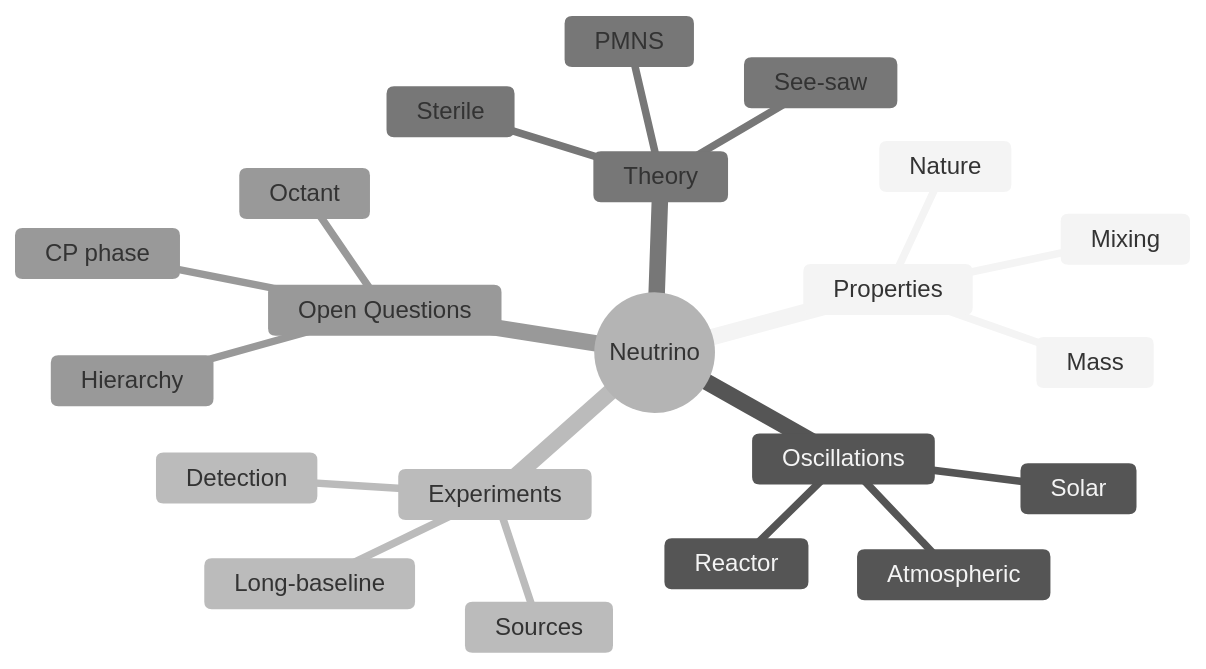
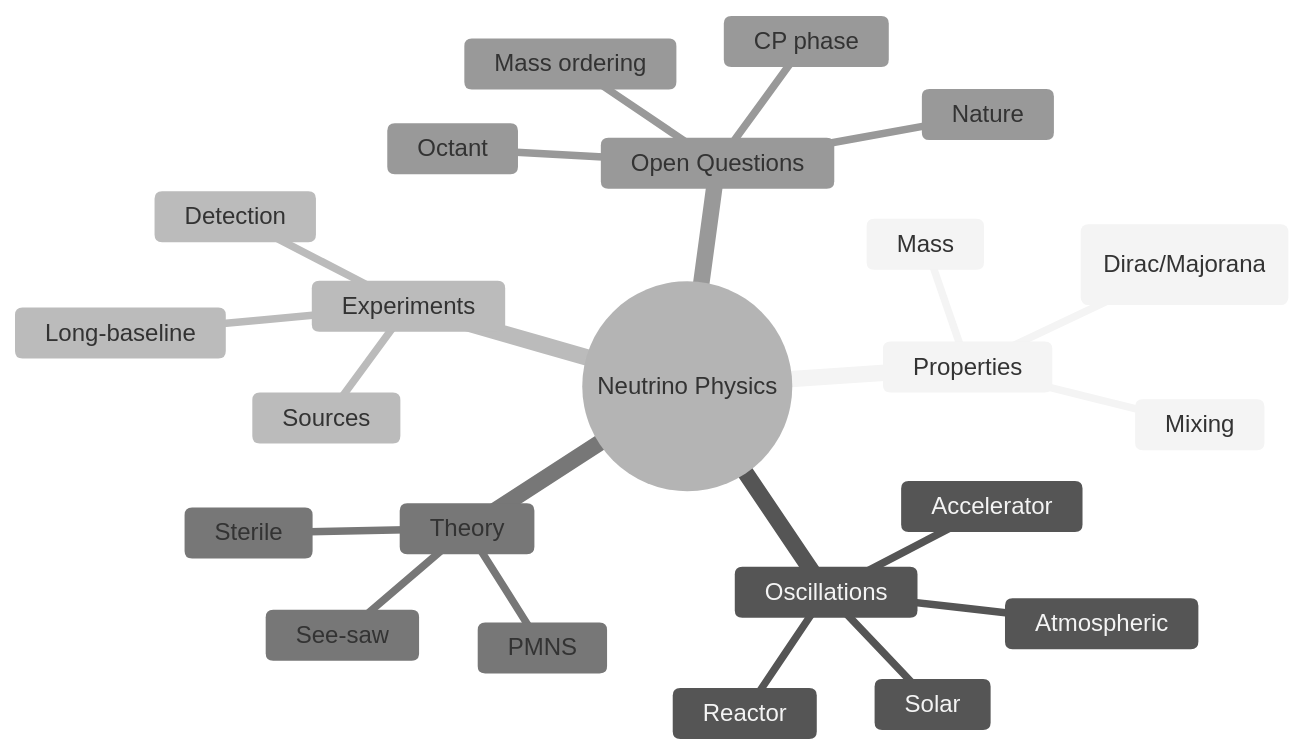
Before and after one commit to yip-lgtm/PhysicsSelfStudy: the first of 5 diagrams in 03_MSc_Physics/electives/MSPY_6710_Neutrino_Physics/README.md, drawn with Mermaid (neutral theme). The commit also changed other lines of this file and 17 other files, not shown here.

Commit message:
PhysicsSelfStudy: MSc QFT/String/AdS-CFT/Cosmology/Particle/Neutrino/QI/TQC + MSDM v2 (psv3+psv4 batches)

````diff
--- a/03_MSc_Physics/electives/MSPY_6710_Neutrino_Physics/README.md
+++ b/03_MSc_Physics/electives/MSPY_6710_Neutrino_Physics/README.md
@@ -260,24 +426,26 @@
 ```mermaid
 mindmap
-  root((Neutrino))
+  root((Neutrino Physics))
     Properties
       Mass
       Mixing
-      Nature
+      Nature (Dirac/Majorana)
     Oscillations
       Solar
       Atmospheric
       Reactor
+      Accelerator
     Experiments
       Detection
       Sources
       Long-baseline
     Theory
       See-saw
       PMNS
       Sterile
     Open Questions
-      Hierarchy
+      Mass ordering
       Octant
       CP phase
+      Nature
 ```
````
